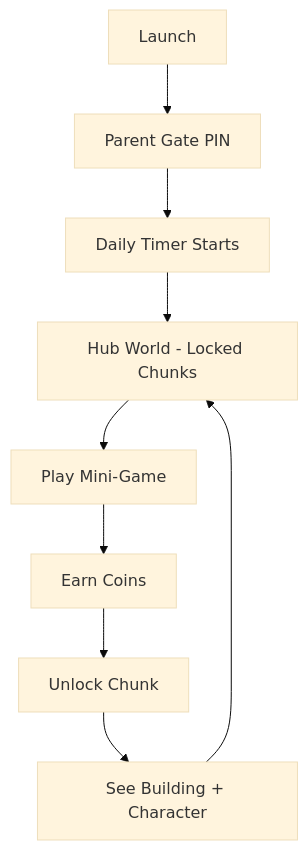
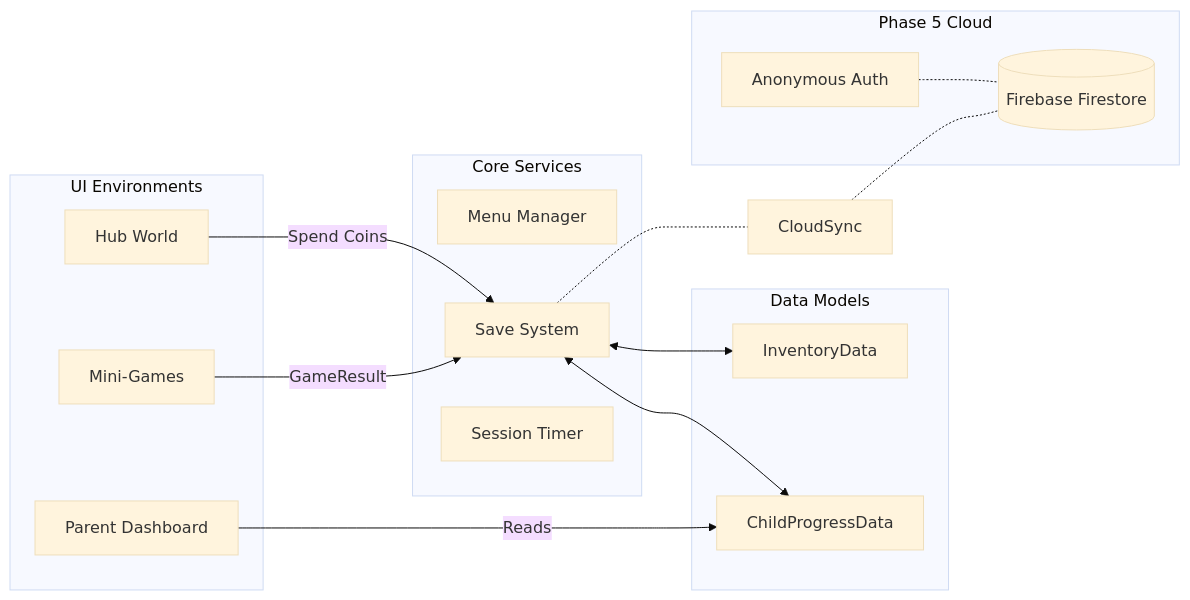
Before and after one commit to ObadaAbdullah04/Project_FF_MVP: the second of 2 diagrams in PLAN.md, drawn with Mermaid (base theme). The commit also changed other lines of this file and 260 other files, not shown here.

Commit message:
Phase 4: Data & Infrastructure

````diff
--- a/PLAN.md
+++ b/PLAN.md
@@ -44,11 +46,31 @@
 ```mermaid
-flowchart TD
-    Launch --> Gate[Parent Gate PIN]
-    Gate --> Timer[Daily Timer Starts]
-    Timer --> Hub[Hub World - Locked Chunks]
-    Hub --> Play[Play Mini-Game]
-    Play --> Earn[Earn Coins]
-    Earn --> Unlock[Unlock Chunk]
-    Unlock --> See[See Building + Character]
-    See --> Hub
+flowchart LR
+    subgraph UI Environments
+        Hub[Hub World]
+        Games[Mini-Games]
+        Dash[Parent Dashboard]
+    end
+
+    subgraph Core Services
+        UI[Menu Manager]
+        Save[Save System]
+        Timer[Session Timer]
+    end
+
+    subgraph Data Models
+        Progress[ChildProgressData]
+        Inventory[InventoryData]
+    end
+
+    subgraph Phase 5 Cloud
+        Firebase[(Firebase Firestore)]
+        Auth[Anonymous Auth]
+    end
+
+    Games -- GameResult --> Save
+    Hub -- Spend Coins --> Save
+    Save <--> Progress & Inventory
+    Dash -- Reads --> Progress
+    Save -.- CloudSync -.- Firebase
+    Auth -.- Firebase
 ```
````
